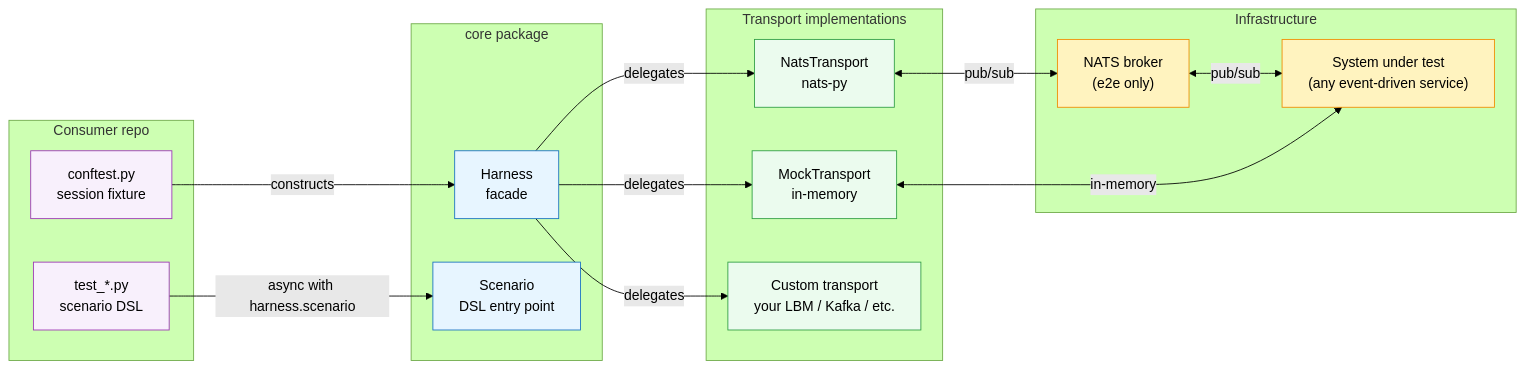
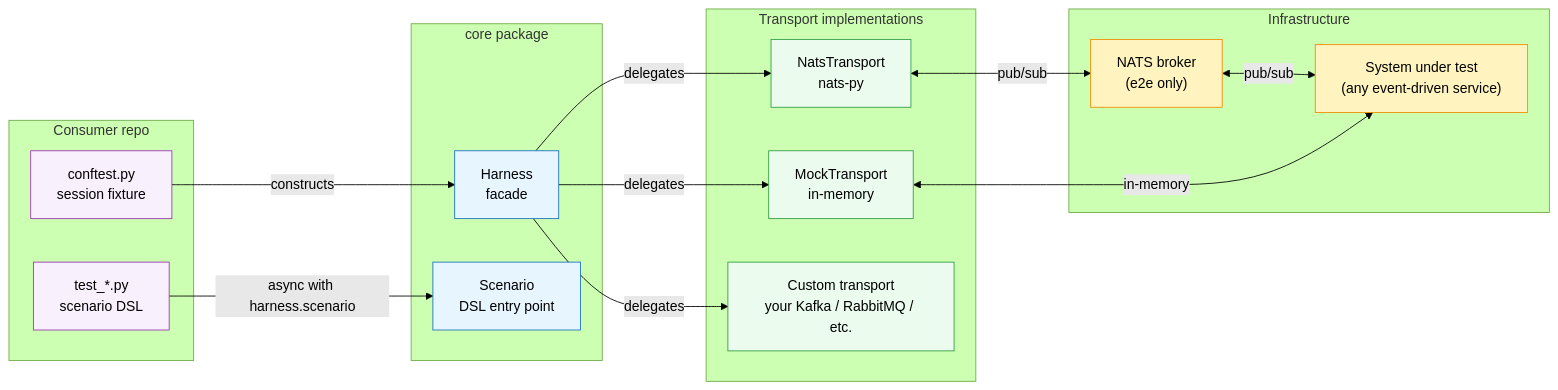
One commit to clear-route/choreo changed the second of 5 diagrams in docs/framework-design.md. Above: the diagram before and after it, drawn with Mermaid (forest theme). The commit also changed other lines of this file and 151 other files, not shown here.

````diff
--- a/docs/framework-design.md
+++ b/docs/framework-design.md
@@ -777,42 +807,42 @@
 ```mermaid
 graph LR
     subgraph Consumer["Consumer repo"]
         CF["conftest.py\nsession fixture"]
         TF["test_*.py\nscenario DSL"]
     end
 
     subgraph Core["core package"]
         H["Harness\nfacade"]
         SC["Scenario\nDSL entry point"]
     end
 
     subgraph Transports["Transport implementations"]
         MT["MockTransport\nin-memory"]
         NT["NatsTransport\nnats-py"]
-        CT["Custom transport\nyour LBM / Kafka / etc."]
+        CT["Custom transport\nyour Kafka / RabbitMQ / etc."]
     end
 
     subgraph Infra["Infrastructure"]
         NB["NATS broker\n(e2e only)"]
         SUT["System under test\n(any event-driven service)"]
     end
 
     CF -->|constructs| H
     TF -->|async with harness.scenario| SC
     H -->|delegates| MT
     H -->|delegates| NT
     H -->|delegates| CT
     NT <-->|pub/sub| NB
     NB <-->|pub/sub| SUT
     MT <-->|in-memory| SUT
 
     classDef consumer fill:#f8f0fc,stroke:#9c36b5
     classDef core fill:#e7f5ff,stroke:#1971c2
     classDef transport fill:#ebfbee,stroke:#2f9e44
     classDef infra fill:#fff3bf,stroke:#f08c00
 
     class CF,TF consumer
     class H,SC core
     class MT,NT,CT transport
     class NB,SUT infra
 ```
````
